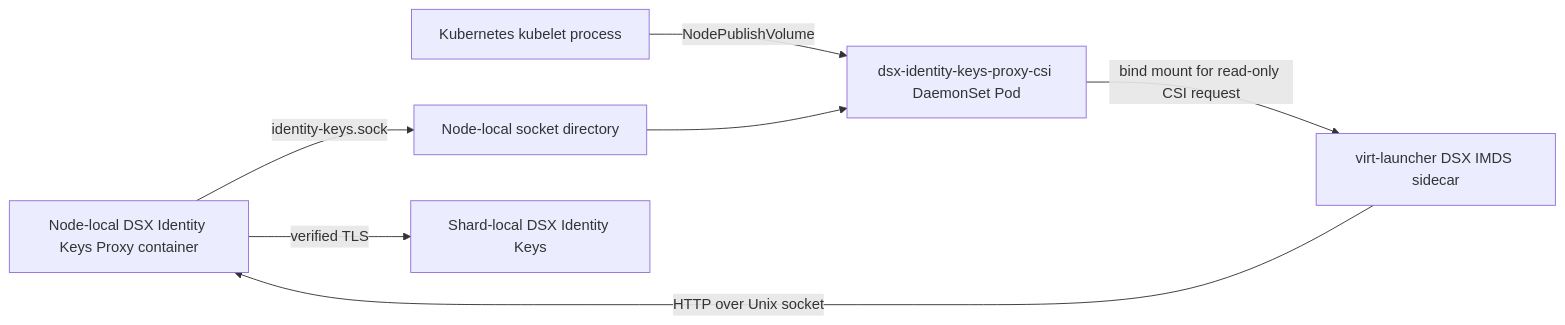
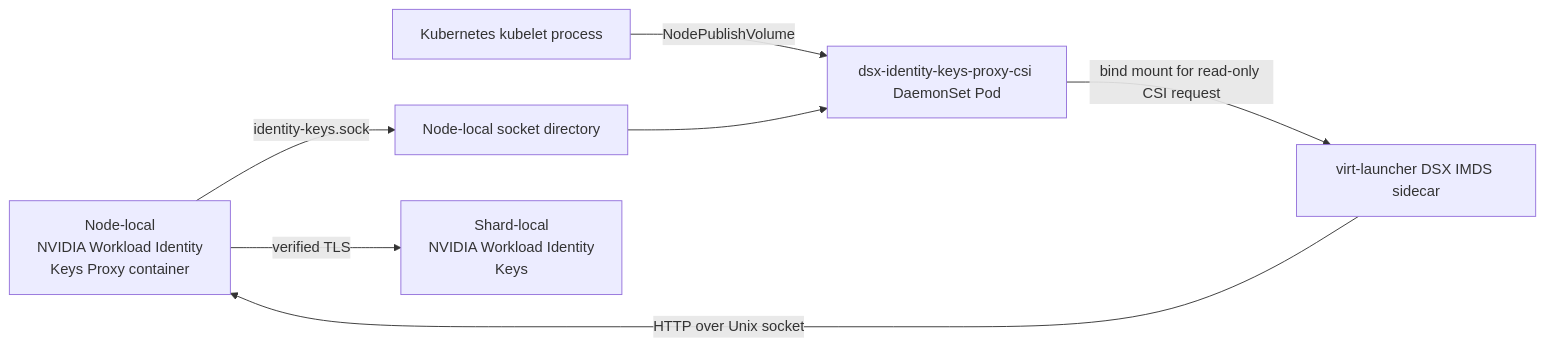
The diagram in cmd/dsx-identity-keys-proxy-csi/README.md (dsx-ai-factory/nvidia-workload-identity), drawn with Mermaid before and after one commit. The commit also changed other lines of this file and 41 other files, not shown here.

First line of the commit message:
fix(NO-REF): update NVIDIA Workload Identity display names

````diff
--- a/cmd/dsx-identity-keys-proxy-csi/README.md
+++ b/cmd/dsx-identity-keys-proxy-csi/README.md
@@ -7,9 +7,9 @@
 ```mermaid
 flowchart LR
-    Proxy["Node-local DSX Identity Keys Proxy container"] -->|"identity-keys.sock"| SocketDir["Node-local socket directory"]
+    Proxy["Node-local<br/>NVIDIA Workload Identity<br/>Keys Proxy container"] -->|"identity-keys.sock"| SocketDir["Node-local socket directory"]
     Kubelet["Kubernetes kubelet process"] -->|"NodePublishVolume"| Driver["dsx-identity-keys-proxy-csi DaemonSet Pod"]
     Driver -->|"bind mount for read-only CSI request"| Consumer["virt-launcher DSX IMDS sidecar"]
     SocketDir --> Driver
     Consumer -->|"HTTP over Unix socket"| Proxy
-    Proxy -->|"verified TLS"| IdentityKeys["Shard-local DSX Identity Keys"]
+    Proxy -->|"verified TLS"| IdentityKeys["Shard-local<br/>NVIDIA Workload Identity<br/>Keys"]
 ```
````
